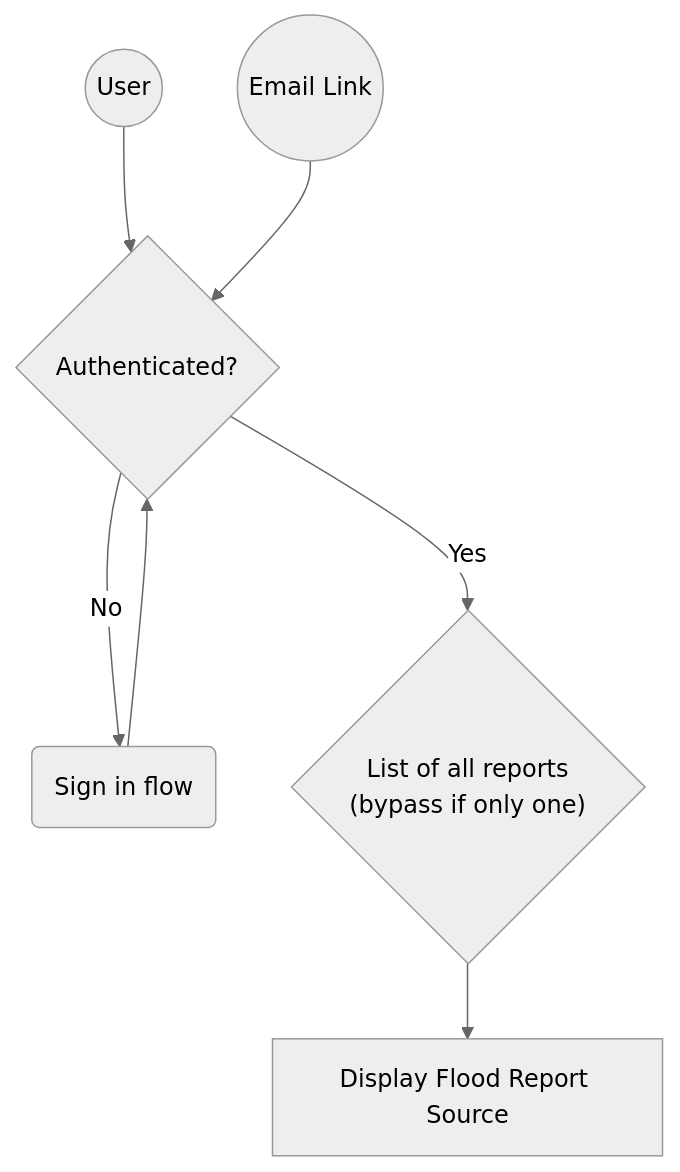
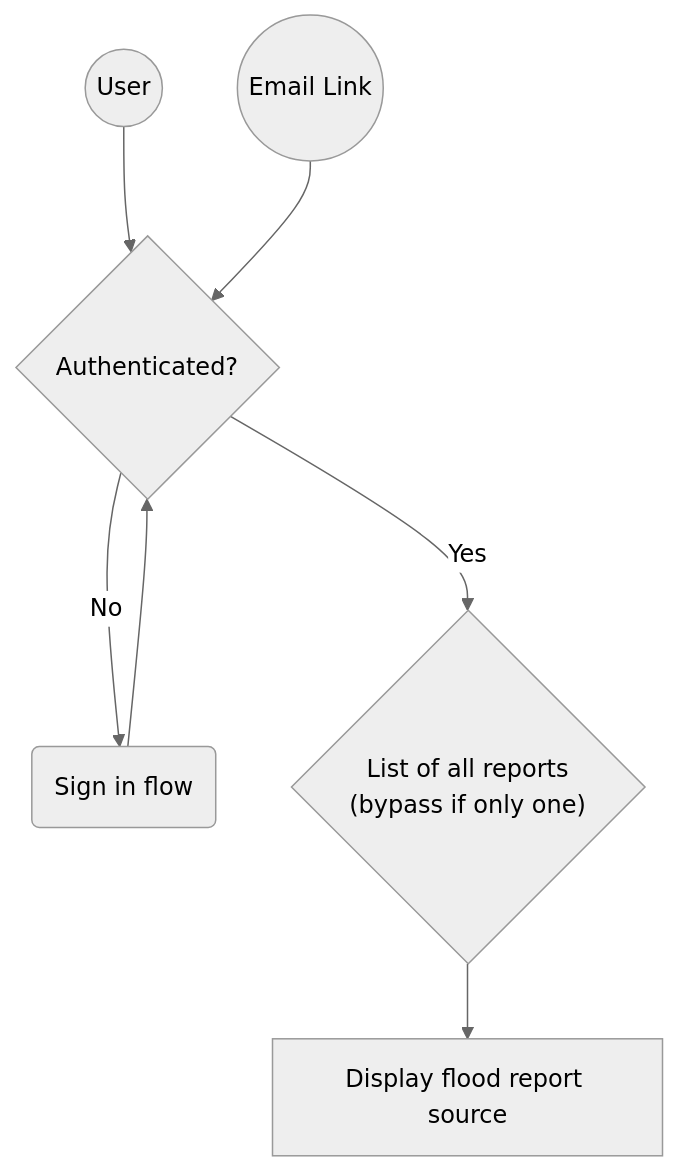
Before and after one commit to Dorset-Council-UK/FloodOnlineReportingTool.Public: the second of 2 diagrams in docs/flows/overview.md, drawn with Mermaid (neutral theme). The commit also changed other lines of this file and 59 other files, not shown here.

Commit message:
Rename FloodReport to FloodReportSource

````diff
--- a/docs/flows/overview.md
+++ b/docs/flows/overview.md
@@ -19,9 +19,9 @@
 ```mermaid
 flowchart TD
     User(("User")) --> Authenticated{"Authenticated?"}
     EmailLink(("Email Link")) --> Authenticated
     Authenticated -->|No| SignInFlow("Sign in flow")
     SignInFlow --> Authenticated
     Authenticated -->|Yes| ListOfReports{"List of all reports<br>(bypass if only one)"}
-    ListOfReports --> DisplayFloodReport["Display Flood Report Source"]
+    ListOfReports --> DisplayFloodReport["Display flood report source"]
 ```
````
